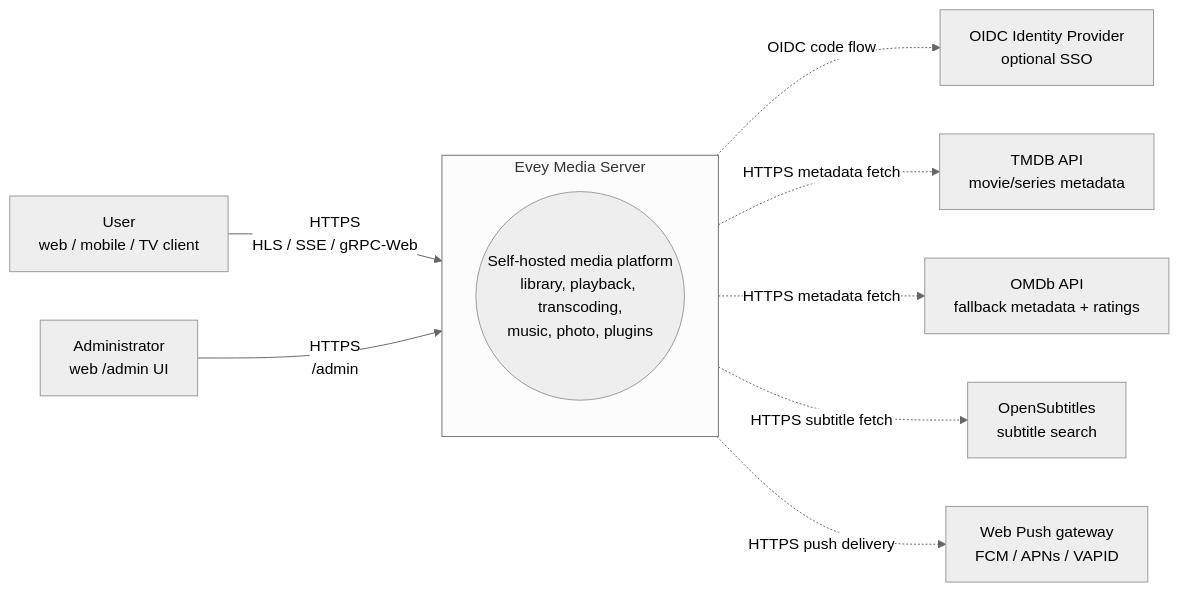
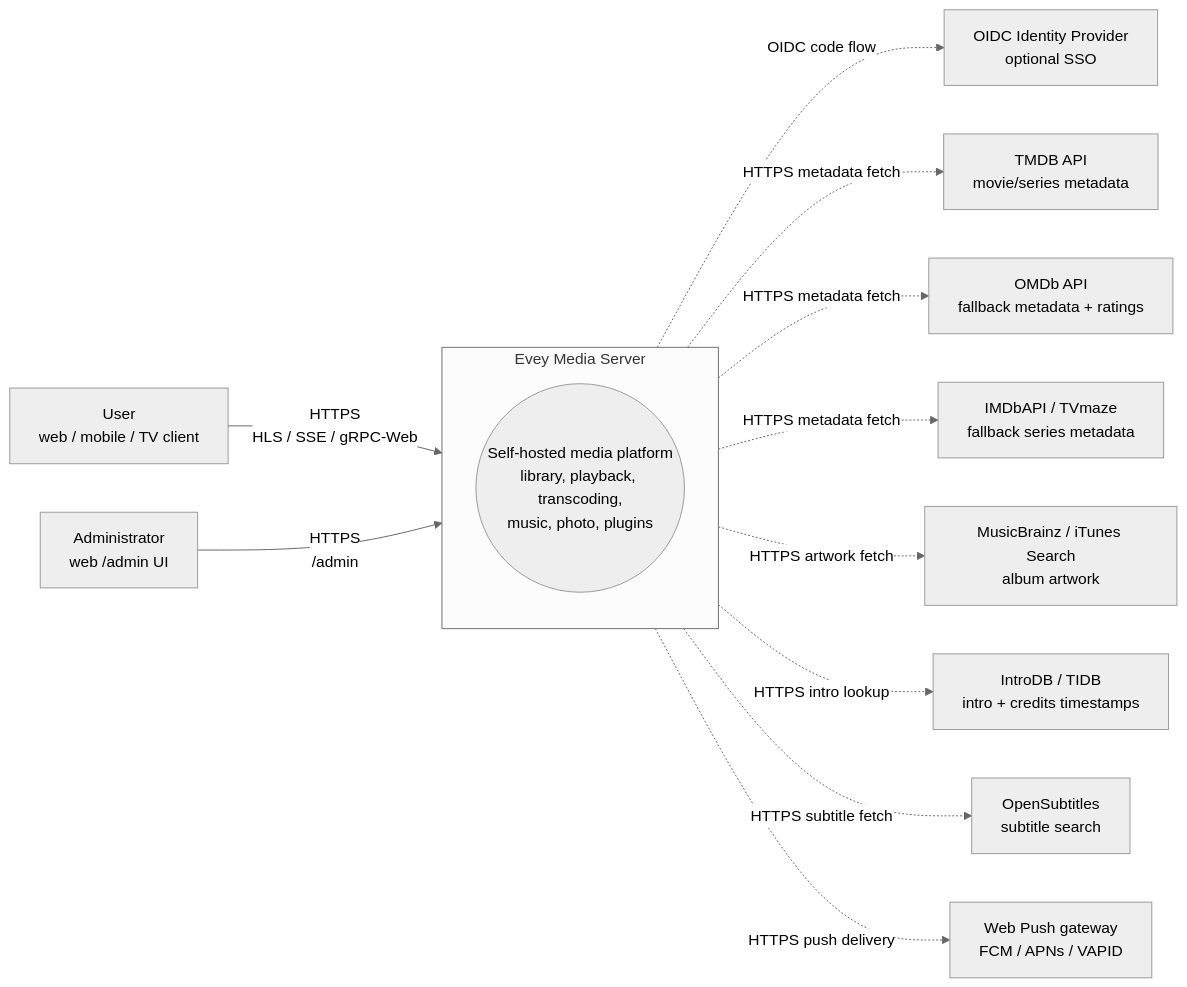
One commit to eveyproject/evey changed the first of 4 diagrams in docs/ARCHITECTURE.md. Above: the diagram before and after it, drawn with Mermaid (neutral theme). The commit also changed other lines of this file and 19 other files, not shown here.

````diff
--- a/docs/ARCHITECTURE.md
+++ b/docs/ARCHITECTURE.md
@@ -87,22 +116,28 @@
 ```mermaid
 flowchart LR
     user[User<br/>web / mobile / TV client]
     admin[Administrator<br/>web /admin UI]
     oidc[OIDC Identity Provider<br/>optional SSO]
     tmdb[TMDB API<br/>movie/series metadata]
     omdb[OMDb API<br/>fallback metadata + ratings]
+    imdb[IMDbAPI / TVmaze<br/>fallback series metadata]
+    art[MusicBrainz / iTunes Search<br/>album artwork]
+    introdb[IntroDB / TIDB<br/>intro + credits timestamps]
     opensubs[OpenSubtitles<br/>subtitle search]
     webpush[Web Push gateway<br/>FCM / APNs / VAPID]
 
     subgraph evey[Evey Media Server]
         core((Self-hosted media platform<br/>library, playback, transcoding,<br/>music, photo, plugins))
     end
 
     user -->|HTTPS<br/>HLS / SSE / gRPC-Web| evey
     admin -->|HTTPS<br/>/admin| evey
     evey -.->|OIDC code flow| oidc
     evey -.->|HTTPS metadata fetch| tmdb
     evey -.->|HTTPS metadata fetch| omdb
+    evey -.->|HTTPS metadata fetch| imdb
+    evey -.->|HTTPS artwork fetch| art
+    evey -.->|HTTPS intro lookup| introdb
     evey -.->|HTTPS subtitle fetch| opensubs
     evey -.->|HTTPS push delivery| webpush
 ```
````
